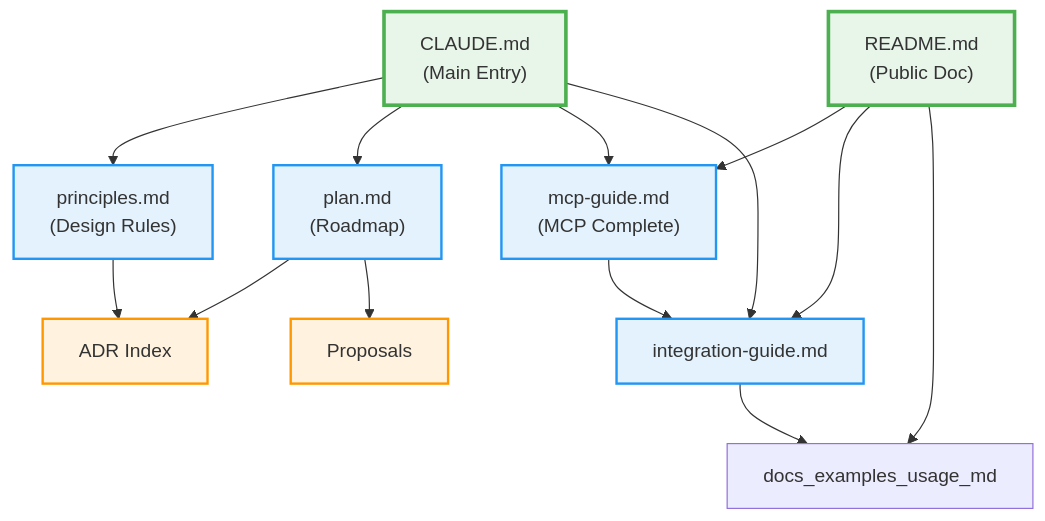
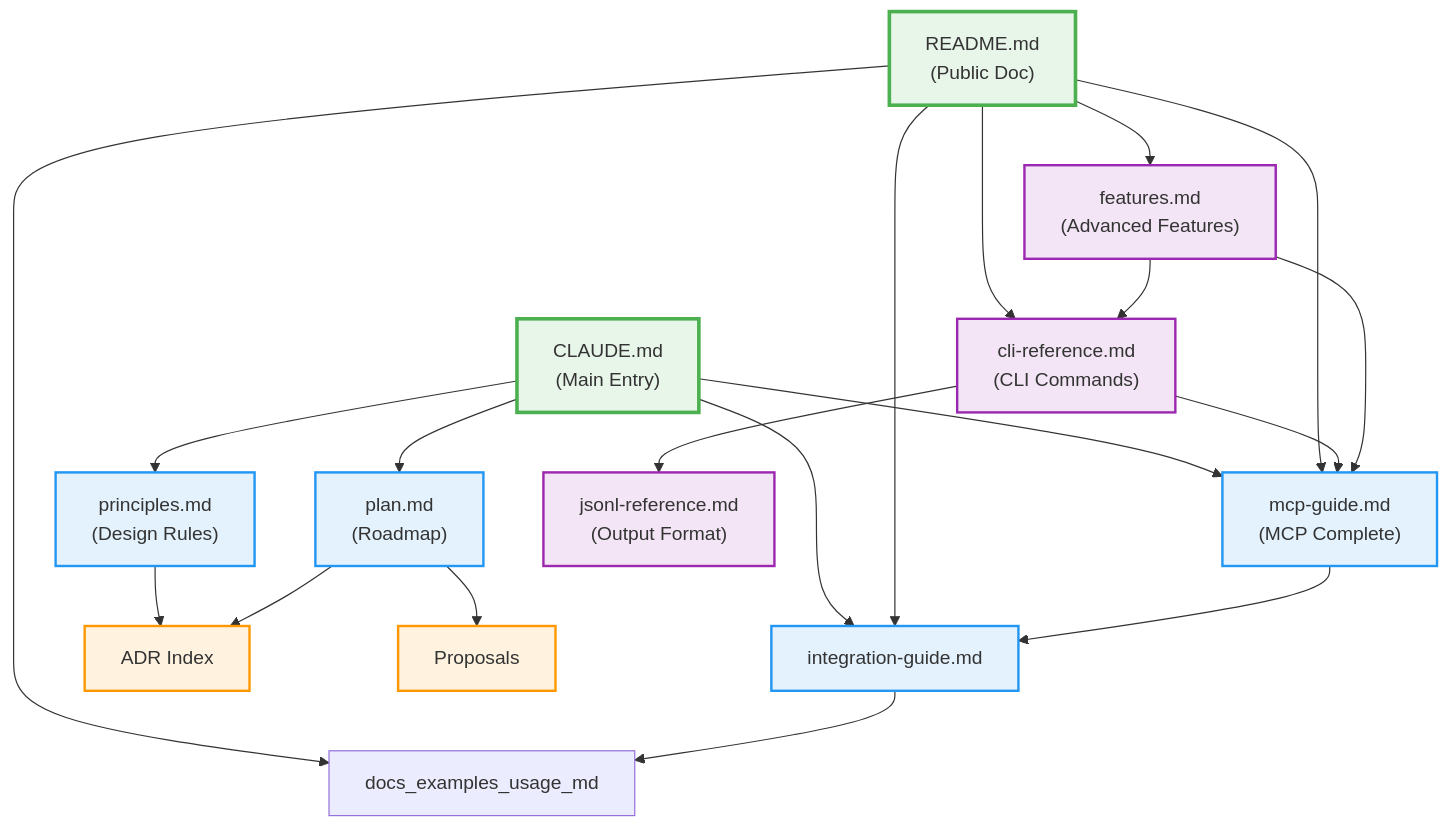
Before and after one commit to yaleh/meta-cc: the diagram in docs/DOCUMENTATION_MAP.md, drawn with Mermaid. The commit also changed other lines of this file and 4 other files, not shown here.

````diff
--- a/docs/DOCUMENTATION_MAP.md
+++ b/docs/DOCUMENTATION_MAP.md
@@ -7,39 +7,53 @@
 ```mermaid
 graph TD
 
   %% Core Entry Points
   CLAUDE_md["CLAUDE.md<br/>(Main Entry)"]:::entry
   README_md["README.md<br/>(Public Doc)"]:::entry
 
   %% Key Guides
   docs_plan_md["plan.md<br/>(Roadmap)"]:::guide
   docs_principles_md["principles.md<br/>(Design Rules)"]:::guide
   docs_integration_guide_md["integration-guide.md"]:::guide
   docs_mcp_guide_md["mcp-guide.md<br/>(MCP Complete)"]:::guide
+
+  %% Reference Docs
+  docs_cli_reference_md["cli-reference.md<br/>(CLI Commands)"]:::reference
+  docs_jsonl_reference_md["jsonl-reference.md<br/>(Output Format)"]:::reference
+  docs_features_md["features.md<br/>(Advanced Features)"]:::reference
 
   %% Architecture
   docs_adr_README_md["ADR Index"]:::adr
   docs_proposals_md["Proposals"]:::adr
 
   %% Dependencies - Core Entry Points
   CLAUDE_md --> docs_principles_md
   CLAUDE_md --> docs_plan_md
   CLAUDE_md --> docs_mcp_guide_md
   CLAUDE_md --> docs_integration_guide_md
 
   README_md --> docs_mcp_guide_md
   README_md --> docs_integration_guide_md
   README_md --> docs_examples_usage_md
+  README_md --> docs_cli_reference_md
+  README_md --> docs_features_md
 
   %% Dependencies - Guides
   docs_principles_md --> docs_adr_README_md
   docs_plan_md --> docs_adr_README_md
   docs_plan_md --> docs_proposals_md
   docs_integration_guide_md --> docs_examples_usage_md
   docs_mcp_guide_md --> docs_integration_guide_md
 
+  %% Dependencies - Reference
+  docs_cli_reference_md --> docs_jsonl_reference_md
+  docs_cli_reference_md --> docs_mcp_guide_md
+  docs_features_md --> docs_cli_reference_md
+  docs_features_md --> docs_mcp_guide_md
+
   %% Styles
   classDef entry fill:#e8f5e9,stroke:#4caf50,stroke-width:3px
   classDef guide fill:#e3f2fd,stroke:#2196f3,stroke-width:2px
+  classDef reference fill:#f3e5f5,stroke:#9c27b0,stroke-width:2px
   classDef adr fill:#fff3e0,stroke:#ff9800,stroke-width:2px
 ```
````
